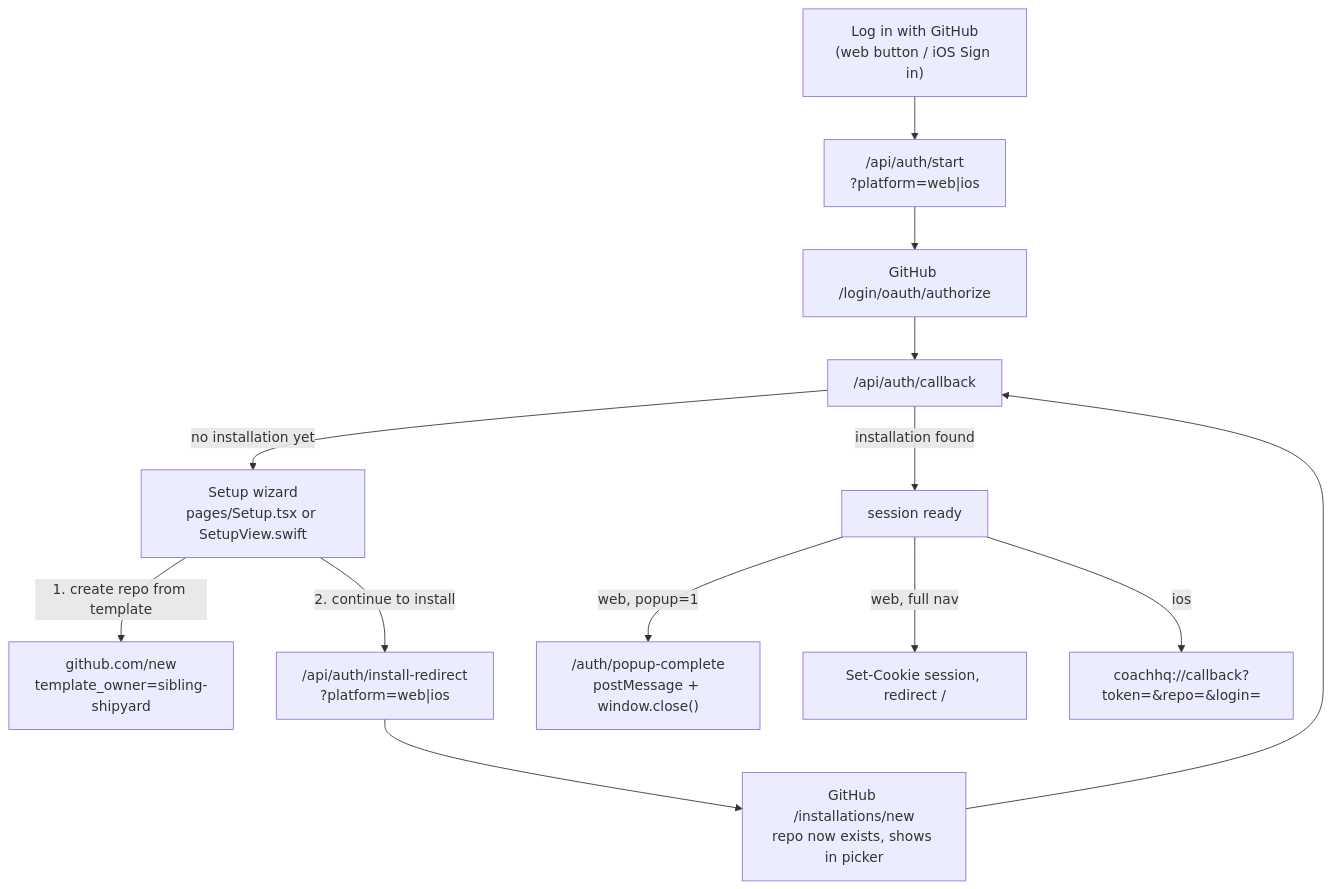
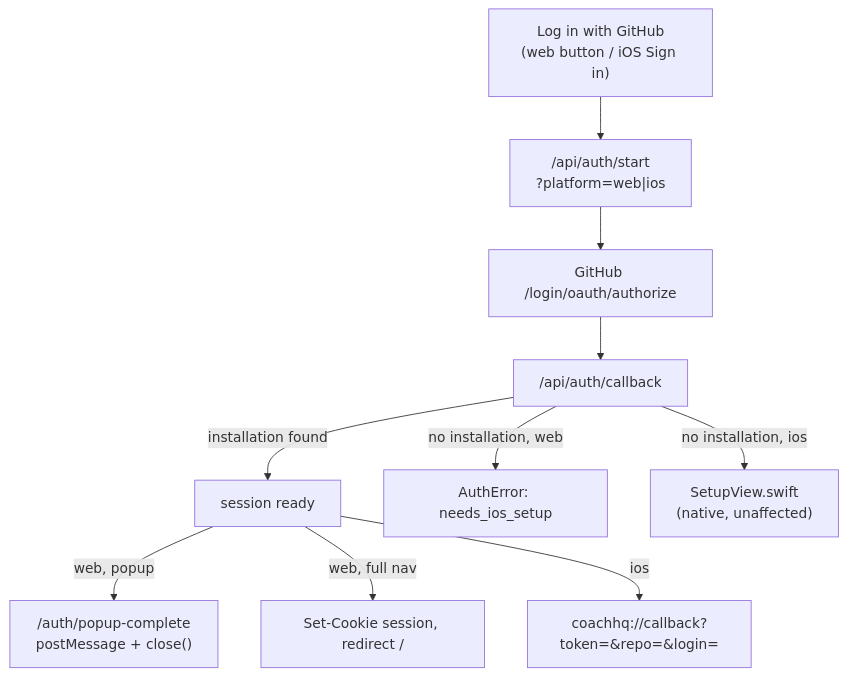
The diagram in docs/eng-docs/github-auth.md (sibling-shipyard/coach-hq), drawn with Mermaid before and after one commit. The commit also changed other lines of this file, not shown here.

First line of the commit message:
core: trim github-auth doc to current login-only web flow (#164)

````diff
--- a/docs/eng-docs/github-auth.md
+++ b/docs/eng-docs/github-auth.md
@@ -42,15 +14,12 @@
 ```mermaid
 flowchart TD
     btn["Log in with GitHub<br/>(web button / iOS Sign in)"] --> start["/api/auth/start<br/>?platform=web|ios"]
     start --> authorize["GitHub /login/oauth/authorize"]
     authorize --> cb["/api/auth/callback"]
     cb -->|"installation found"| done["session ready"]
-    cb -->|"no installation yet"| setup["Setup wizard<br/>pages/Setup.tsx or SetupView.swift"]
-    setup -->|"1. create repo from template"| gen["github.com/new<br/>template_owner=sibling-shipyard"]
-    setup -->|"2. continue to install"| installredirect["/api/auth/install-redirect<br/>?platform=web|ios"]
-    installredirect --> installpage["GitHub /installations/new<br/>repo now exists, shows in picker"]
-    installpage --> cb
-    done -->|"web, popup=1"| popupdone["/auth/popup-complete<br/>postMessage + window.close()"]
+    cb -->|"no installation, web"| authErr["AuthError: needs_ios_setup"]
+    cb -->|"no installation, ios"| iossetup["SetupView.swift<br/>(native, unaffected)"]
+    done -->|"web, popup"| popupdone["/auth/popup-complete<br/>postMessage + close()"]
     done -->|"web, full nav"| webdone["Set-Cookie session, redirect /"]
     done -->|"ios"| iosdone["coachhq://callback?token=&repo=&login="]
 ```
````
